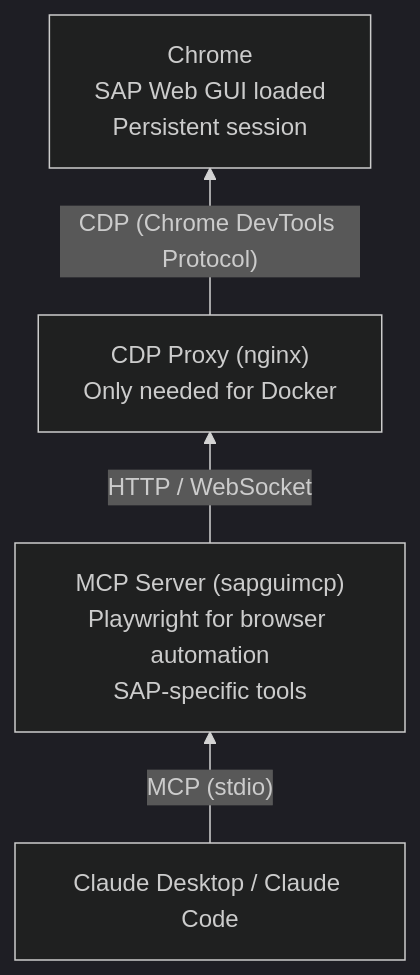
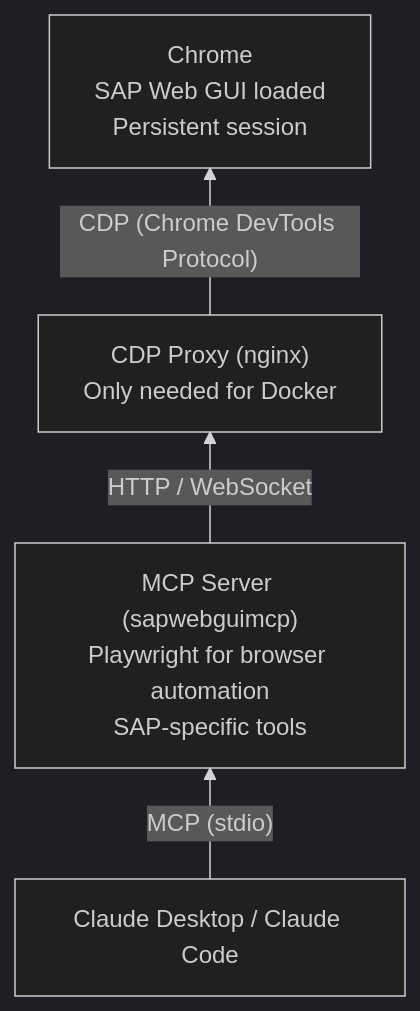
The first of 2 diagrams in README.md (Hochfrequenz/sapwebgui.mcp), drawn with Mermaid (dark theme) before and after one commit. The commit also changed other lines of this file and 448 other files, not shown here.

First line of the commit message:
refactor(#57): rename the package sapguimcp to sapwebguimcp (#69)

````diff
--- a/README.md
+++ b/README.md
@@ -1087,11 +1087,11 @@
 ```mermaid
 graph BT
     Claude["Claude Desktop / Claude Code"]
-    MCP["MCP Server (sapguimcp)\nPlaywright for browser automation\nSAP-specific tools"]
+    MCP["MCP Server (sapwebguimcp)\nPlaywright for browser automation\nSAP-specific tools"]
     CDP["CDP Proxy (nginx)\nOnly needed for Docker"]
     Chrome["Chrome\nSAP Web GUI loaded\nPersistent session"]
 
     Claude -- "MCP (stdio)" --> MCP
     MCP -- "HTTP / WebSocket" --> CDP
     CDP -- "CDP (Chrome DevTools Protocol)" --> Chrome
 ```
````
